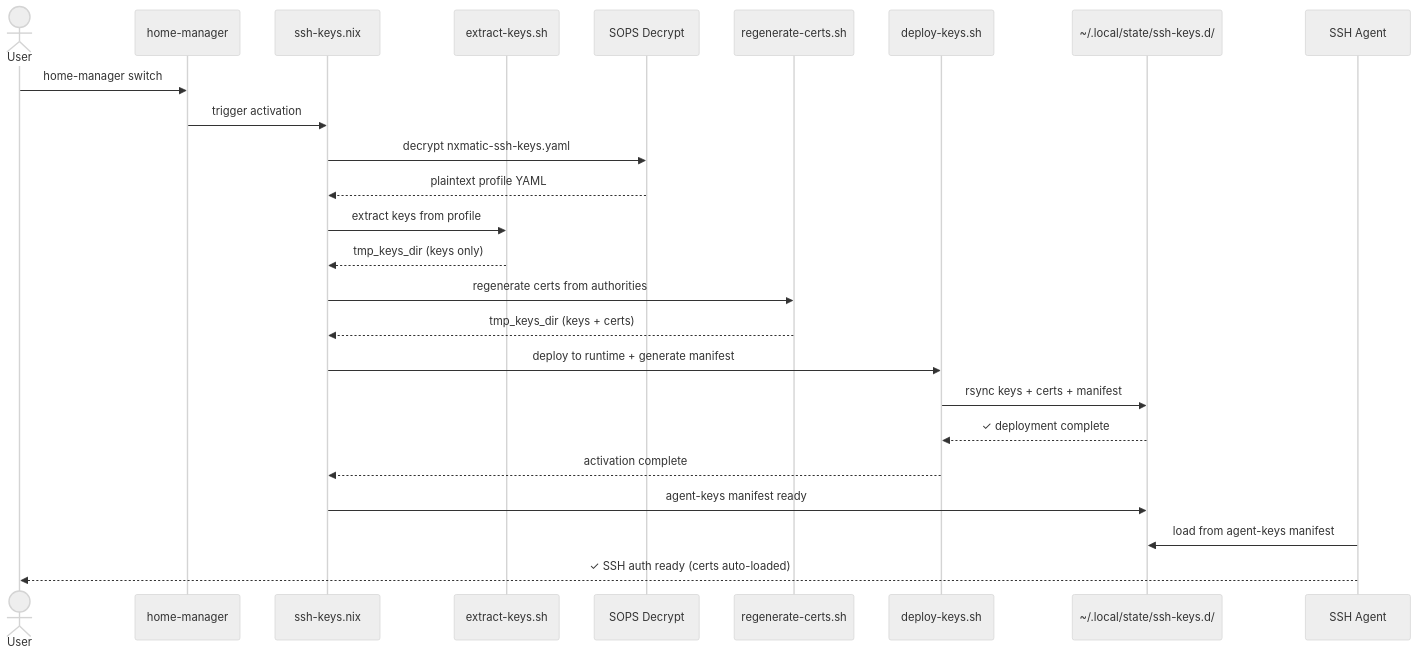
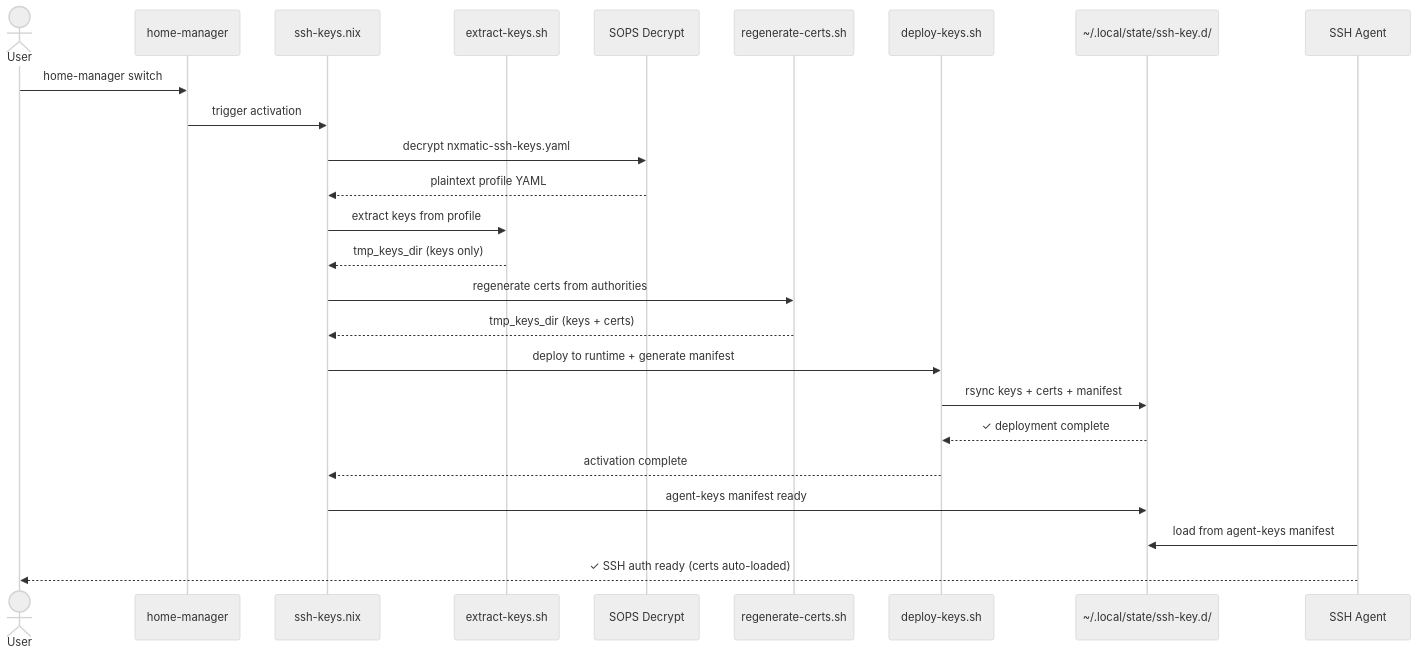
The fourth of 7 diagrams in docs/ssh-keys-diagrams.adoc (seedmatic/ndh), drawn with Mermaid (neutral theme) before and after one commit. The commit also changed other lines of this file and 4 other files, not shown here.

First line of the commit message:
refactor: update remaining ssh-keys.d references to ssh-key.d

```diff
--- a/docs/ssh-keys-diagrams.adoc
+++ b/docs/ssh-keys-diagrams.adoc
@@ -130,29 +130,29 @@
 [mermaid]
 ----
 sequenceDiagram
     actor User
     participant hm as home-manager
     participant Nix as ssh-keys.nix
     participant Stage1 as extract-keys.sh
     participant SOPS as SOPS Decrypt
     participant Stage2 as regenerate-certs.sh
     participant Stage3 as deploy-keys.sh
-    participant RuntimeDir as ~/.local/state/ssh-keys.d/
+    participant RuntimeDir as ~/.local/state/ssh-key.d/
     participant Agent as SSH Agent
 
     User->>hm: home-manager switch
     hm->>Nix: trigger activation
     Nix->>SOPS: decrypt nxmatic-ssh-keys.yaml
     SOPS-->>Nix: plaintext profile YAML
     Nix->>Stage1: extract keys from profile
     Stage1-->>Nix: tmp_keys_dir (keys only)
     Nix->>Stage2: regenerate certs from authorities
     Stage2-->>Nix: tmp_keys_dir (keys + certs)
     Nix->>Stage3: deploy to runtime + generate manifest
     Stage3->>RuntimeDir: rsync keys + certs + manifest
     RuntimeDir-->>Stage3: ✓ deployment complete
     Stage3-->>Nix: activation complete
     Nix->>RuntimeDir: agent-keys manifest ready
     Agent->>RuntimeDir: load from agent-keys manifest
     Agent-->>User: ✓ SSH auth ready (certs auto-loaded)
 ----
```
